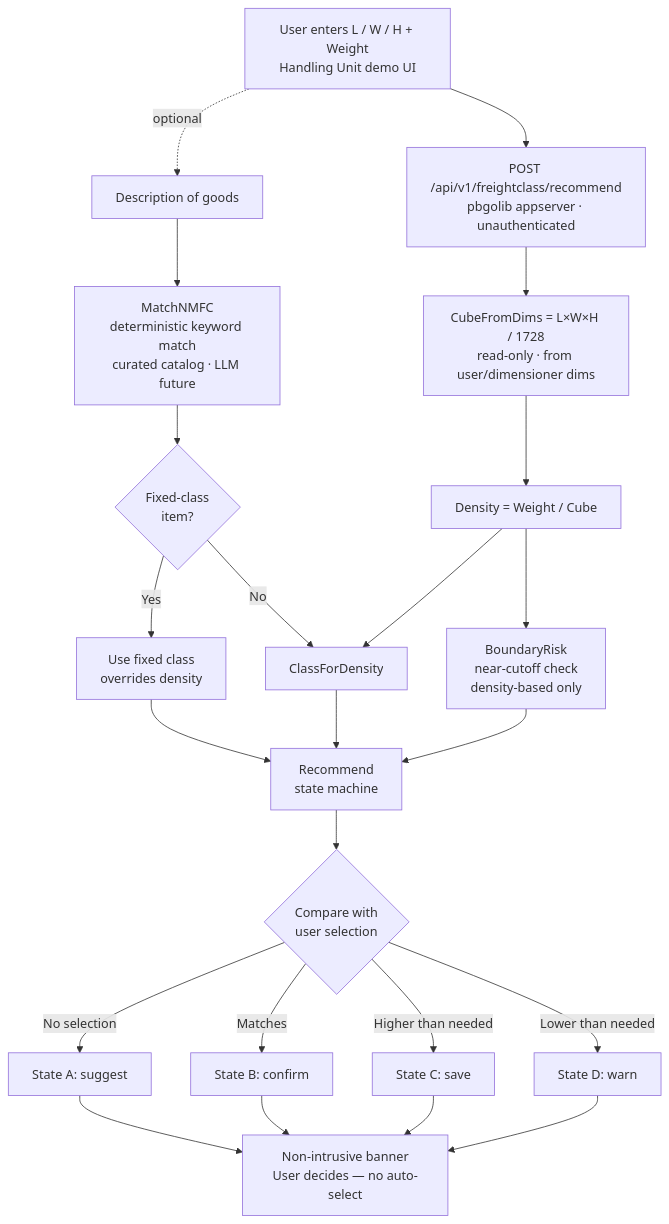
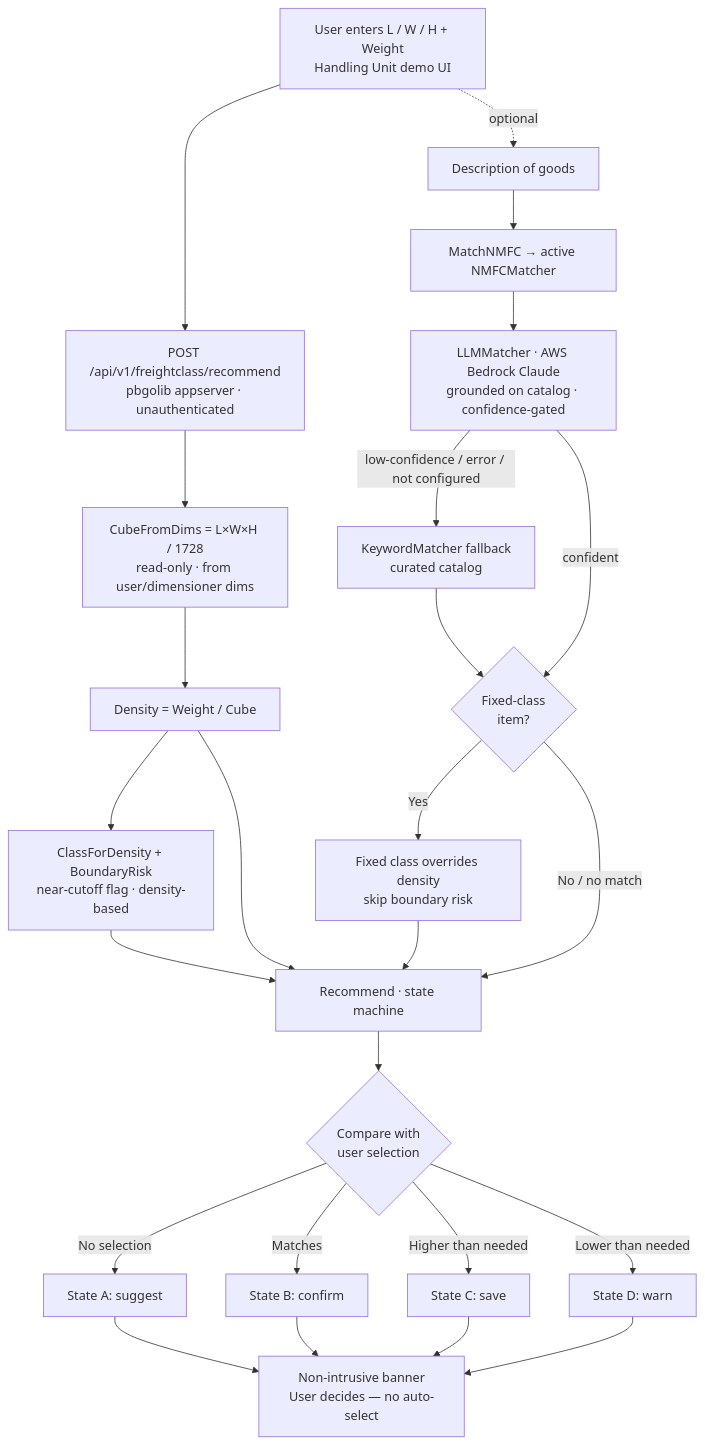
Before and after one commit to vairarchi/freight-class-recommender: the diagram in freight-class-recommender-POC.md, drawn with Mermaid. The commit also changed other lines of this file and 10 other files, not shown here.

````diff
--- a/freight-class-recommender-POC.md
+++ b/freight-class-recommender-POC.md
@@ -152,30 +272,31 @@
 ```mermaid
 flowchart TD
     A[User enters L / W / H + Weight<br/>Handling Unit demo UI] --> P[POST /api/v1/freightclass/recommend<br/>pbgolib appserver · unauthenticated]
     P --> D[CubeFromDims = L×W×H / 1728<br/>read-only · from user/dimensioner dims]
     D --> E[Density = Weight / Cube]
+    E --> H[ClassForDensity + BoundaryRisk<br/>near-cutoff flag · density-based]
 
     A -.optional.-> N[Description of goods]
-    N --> M[MatchNMFC<br/>deterministic keyword match<br/>curated catalog · LLM future]
-    M --> F{Fixed-class<br/>item?}
-    F -->|Yes| G[Use fixed class<br/>overrides density]
-    F -->|No| H[ClassForDensity]
-    E --> H
+    N --> M[MatchNMFC → active NMFCMatcher]
+    M --> LLM[LLMMatcher · AWS Bedrock Claude<br/>grounded on catalog · confidence-gated]
+    LLM -->|low-confidence / error / not configured| KW[KeywordMatcher fallback<br/>curated catalog]
+    LLM -->|confident| F{Fixed-class<br/>item?}
+    KW --> F
+    F -->|Yes| G[Fixed class overrides density<br/>skip boundary risk]
+    F -->|No / no match| R
 
-    E --> K[BoundaryRisk<br/>near-cutoff check<br/>density-based only]
-
-    G --> R[Recommend<br/>state machine]
+    E --> R[Recommend · state machine]
     H --> R
-    K --> R
+    G --> R
 
     R --> S{Compare with<br/>user selection}
     S -->|No selection| T[State A: suggest]
     S -->|Matches| U[State B: confirm]
     S -->|Higher than needed| V[State C: save]
     S -->|Lower than needed| W[State D: warn]
 
     T --> Z[Non-intrusive banner<br/>User decides — no auto-select]
     U --> Z
     V --> Z
     W --> Z
 ```
````
